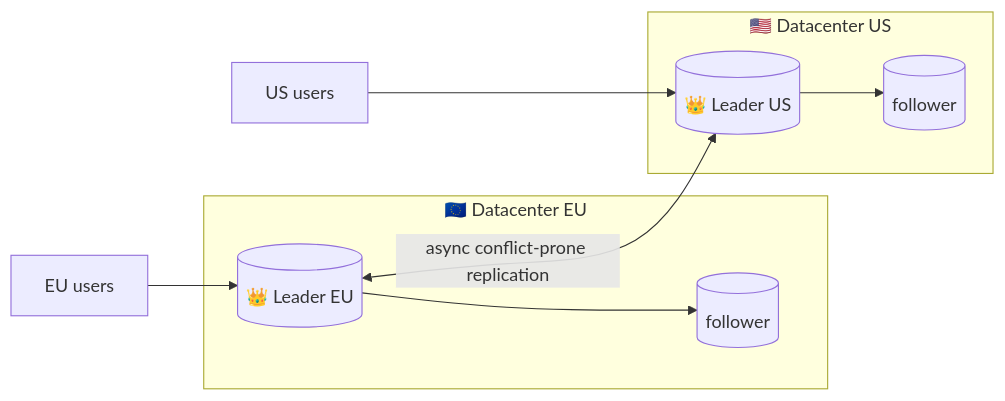
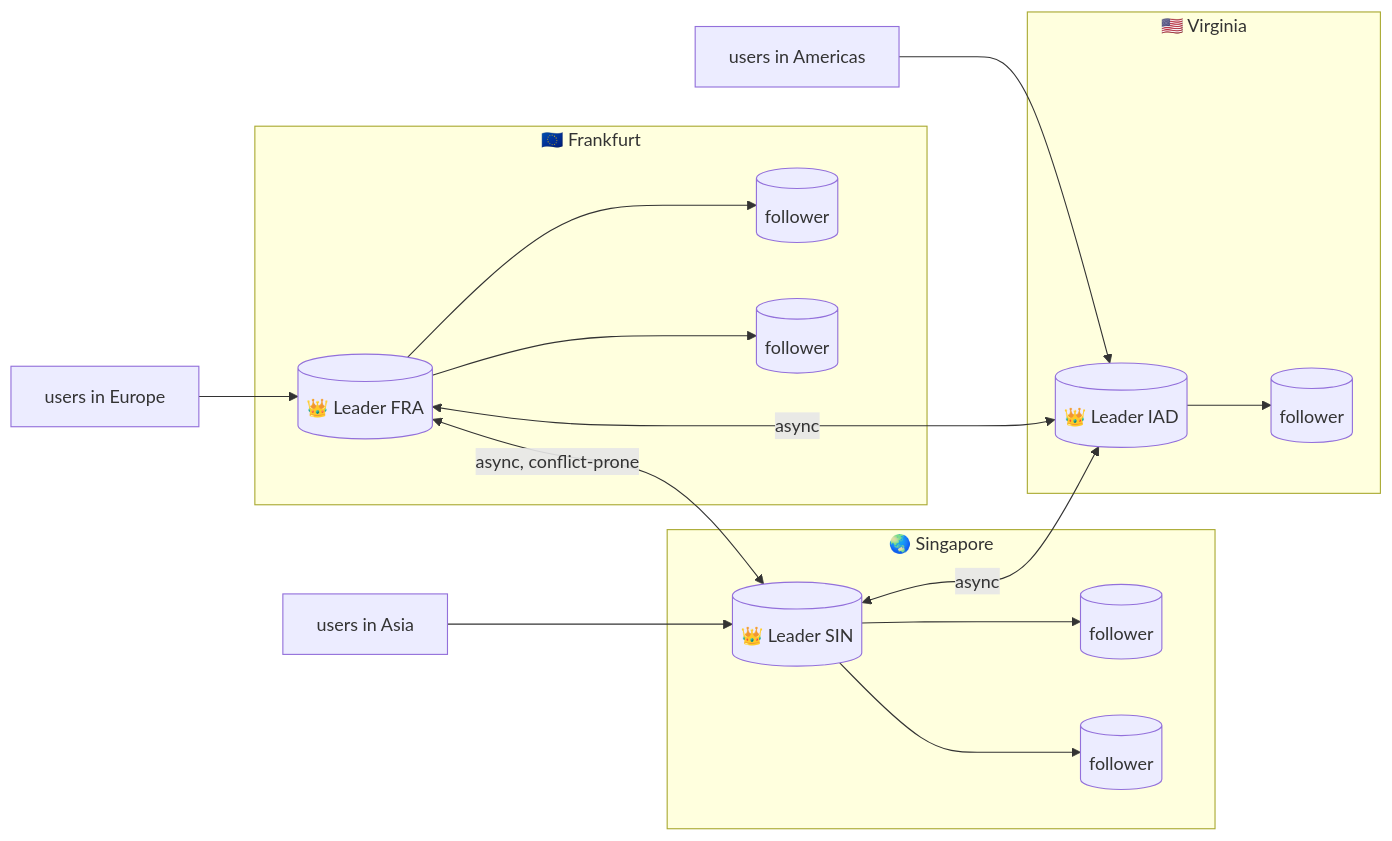
Diagram 17 of 35 in docs/chapters/part-2/05-replication.mdx (pratikguru998/ddia-book), drawn with Mermaid before and after one commit. The commit also changed other lines of this file and 13 other files, not shown here.

Commit message:
Expand all 12 chapters: every book subsection, deeper notes, ~320 diagrams

````diff
--- a/docs/chapters/part-2/05-replication.mdx
+++ b/docs/chapters/part-2/05-replication.mdx
@@ -160,12 +561,20 @@
 ```mermaid
 flowchart LR
-  subgraph DC1["🇪🇺 Datacenter EU"]
-    L1[("👑 Leader EU")] --> F1[("follower")]
+  subgraph EU["🇪🇺 Frankfurt"]
+    LE[("👑 Leader FRA")] --> FE1[("follower")]
+    LE --> FE2[("follower")]
   end
-  subgraph DC2["🇺🇸 Datacenter US"]
-    L2[("👑 Leader US")] --> F2[("follower")]
+  subgraph AP["🌏 Singapore"]
+    LA[("👑 Leader SIN")] --> FA1[("follower")]
+    LA --> FA2[("follower")]
   end
-  L1 <-->|"async conflict-prone replication"| L2
-  U1["EU users"] --> L1
-  U2["US users"] --> L2
+  subgraph US["🇺🇸 Virginia"]
+    LU[("👑 Leader IAD")] --> FU1[("follower")]
+  end
+  LE <-->|"async, conflict-prone"| LA
+  LA <-->|"async"| LU
+  LU <-->|"async"| LE
+  UE["users in Europe"] --> LE
+  UA["users in Asia"] --> LA
+  UU["users in Americas"] --> LU
 ```
````
